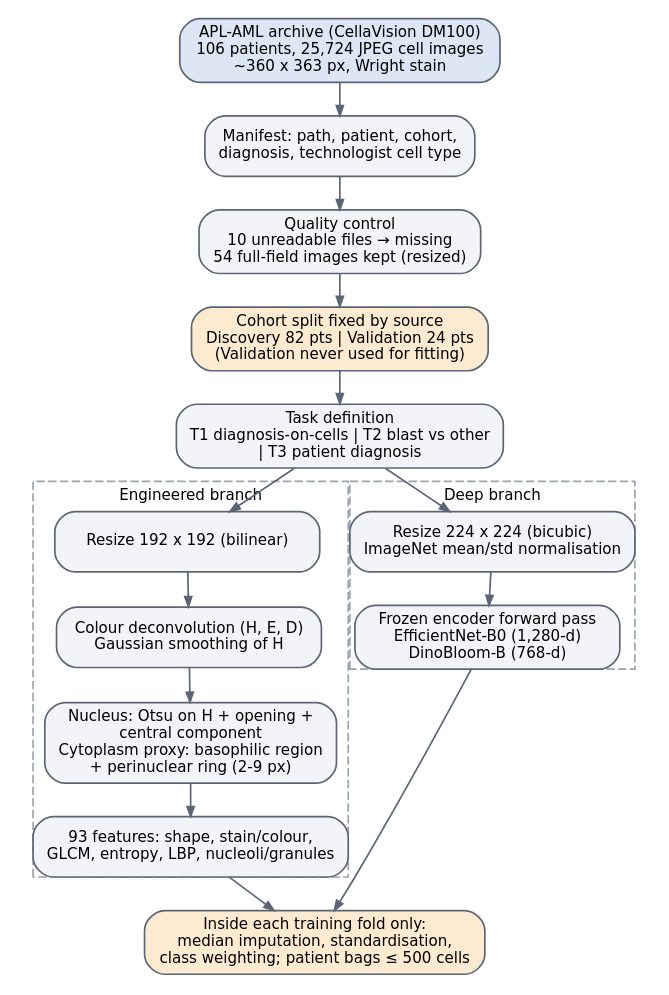
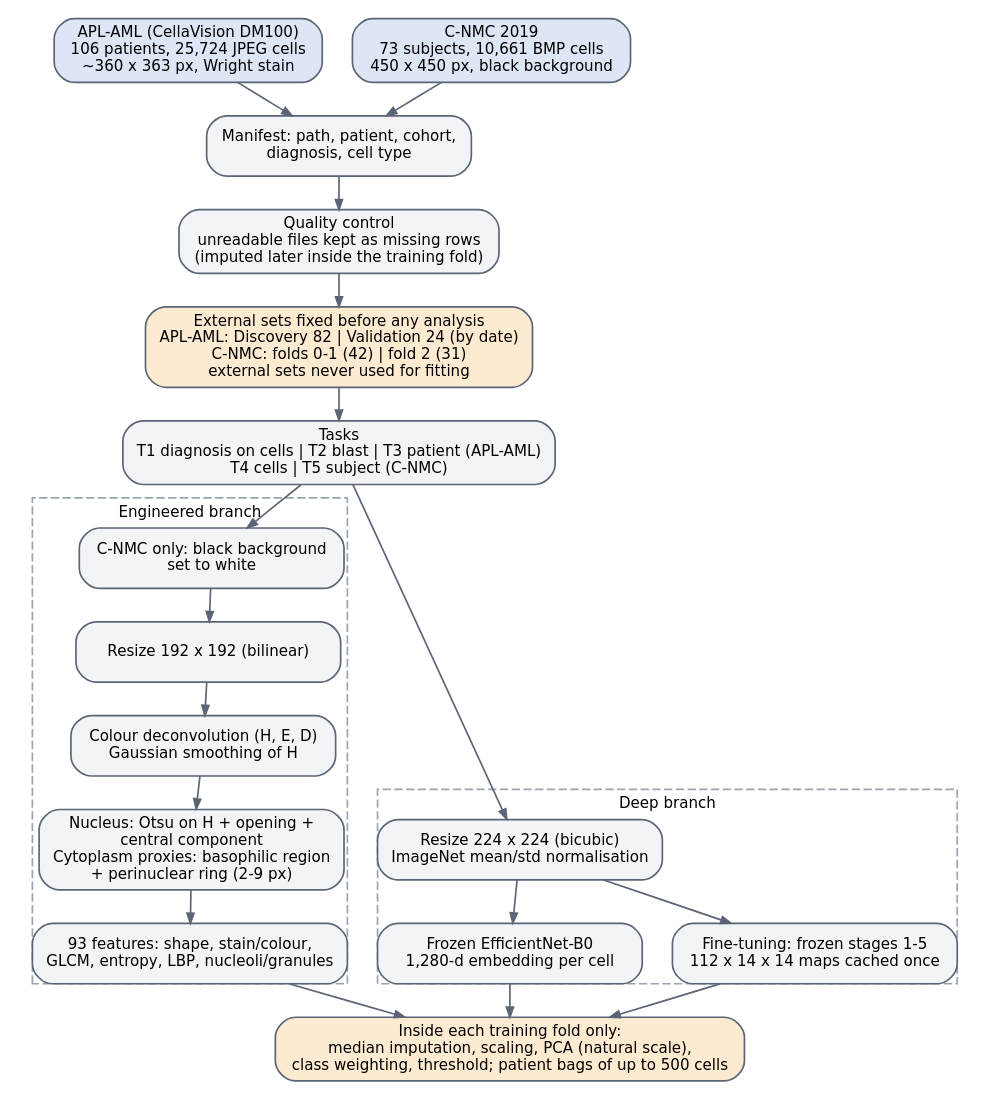
The diagram in manuscript/figures/fig_preprocessing.dot (Sherif-Hussein/leukemia-leakage-benchmark), drawn with Graphviz before and after one commit. The commit also changed 53 other files, not shown here.

```diff
--- a/manuscript/figures/fig_preprocessing.dot
+++ b/manuscript/figures/fig_preprocessing.dot
@@ -1,25 +1,28 @@
 digraph G {
   graph [rankdir=TB, fontname="DejaVu Sans", fontsize=10, nodesep=0.25, ranksep=0.28, margin=0.05];
   node  [shape=box, style="rounded,filled", fillcolor="#F2F4F7", color="#5B6575", fontname="DejaVu Sans", fontsize=9, width=2.2];
   edge  [color="#5B6575", arrowsize=0.6];
-  raw   [label="APL-AML archive (CellaVision DM100)\n106 patients, 25,724 JPEG cell images\n~360 x 363 px, Wright stain", fillcolor="#DCE6F5"];
-  man   [label="Manifest: path, patient, cohort,\ndiagnosis, technologist cell type"];
-  qc    [label="Quality control\n10 unreadable files &#8594; missing\n54 full-field images kept (resized)"];
-  split [label="Cohort split fixed by source\nDiscovery 82 pts | Validation 24 pts\n(Validation never used for fitting)", fillcolor="#FCEBD0"];
-  task  [label="Task definition\nT1 diagnosis-on-cells | T2 blast vs other\n| T3 patient diagnosis"];
+  raw1  [label="APL-AML (CellaVision DM100)\n106 patients, 25,724 JPEG cells\n~360 x 363 px, Wright stain", fillcolor="#DCE6F5"];
+  raw2  [label="C-NMC 2019\n73 subjects, 10,661 BMP cells\n450 x 450 px, black background", fillcolor="#DCE6F5"];
+  man   [label="Manifest: path, patient, cohort,\ndiagnosis, cell type"];
+  qc    [label="Quality control\nunreadable files kept as missing rows\n(imputed later inside the training fold)"];
+  split [label="External sets fixed before any analysis\nAPL-AML: Discovery 82 | Validation 24 (by date)\nC-NMC: folds 0-1 (42) | fold 2 (31)\nexternal sets never used for fitting", fillcolor="#FCEBD0"];
+  task  [label="Tasks\nT1 diagnosis on cells | T2 blast | T3 patient (APL-AML)\nT4 cells | T5 subject (C-NMC)"];
   subgraph cluster_a { label="Engineered branch"; fontsize=9; color="#9AA4B2"; style=dashed;
+    bg  [label="C-NMC only: black background\nset to white"];
     rs1 [label="Resize 192 x 192 (bilinear)"];
     hed [label="Colour deconvolution (H, E, D)\nGaussian smoothing of H"];
-    seg [label="Nucleus: Otsu on H + opening +\ncentral component\nCytoplasm proxy: basophilic region\n+ perinuclear ring (2-9 px)"];
+    seg [label="Nucleus: Otsu on H + opening +\ncentral component\nCytoplasm proxies: basophilic region\n+ perinuclear ring (2-9 px)"];
     fe  [label="93 features: shape, stain/colour,\nGLCM, entropy, LBP, nucleoli/granules"];
   }
   subgraph cluster_b { label="Deep branch"; fontsize=9; color="#9AA4B2"; style=dashed;
     rs2 [label="Resize 224 x 224 (bicubic)\nImageNet mean/std normalisation"];
-    enc [label="Frozen encoder forward pass\nEfficientNet-B0 (1,280-d)\nDinoBloom-B (768-d)"];
+    enc [label="Frozen EfficientNet-B0\n1,280-d embedding per cell"];
+    cache [label="Fine-tuning: frozen stages 1-5\n112 x 14 x 14 maps cached once"];
   }
-  fold [label="Inside each training fold only:\nmedian imputation, standardisation,\nclass weighting; patient bags &#8804; 500 cells", fillcolor="#FCEBD0"];
-  raw -> man -> qc -> split -> task;
-  task -> rs1 -> hed -> seg -> fe;
-  task -> rs2 -> enc;
-  fe -> fold; enc -> fold;
+  fold [label="Inside each training fold only:\nmedian imputation, scaling, PCA (natural scale),\nclass weighting, threshold; patient bags of up to 500 cells", fillcolor="#FCEBD0"];
+  raw1 -> man; raw2 -> man; man -> qc -> split -> task;
+  task -> bg -> rs1 -> hed -> seg -> fe;
+  task -> rs2; rs2 -> enc; rs2 -> cache;
+  fe -> fold; enc -> fold; cache -> fold;
 }
```
